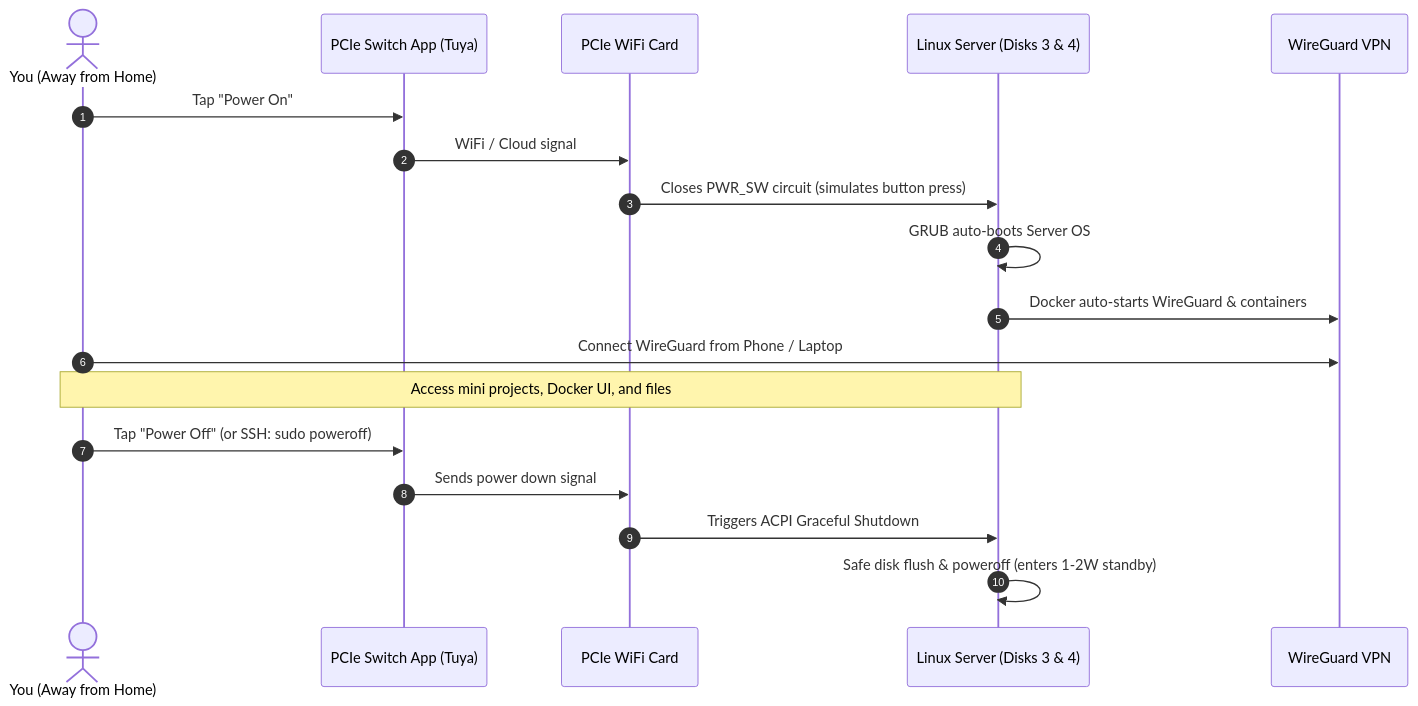
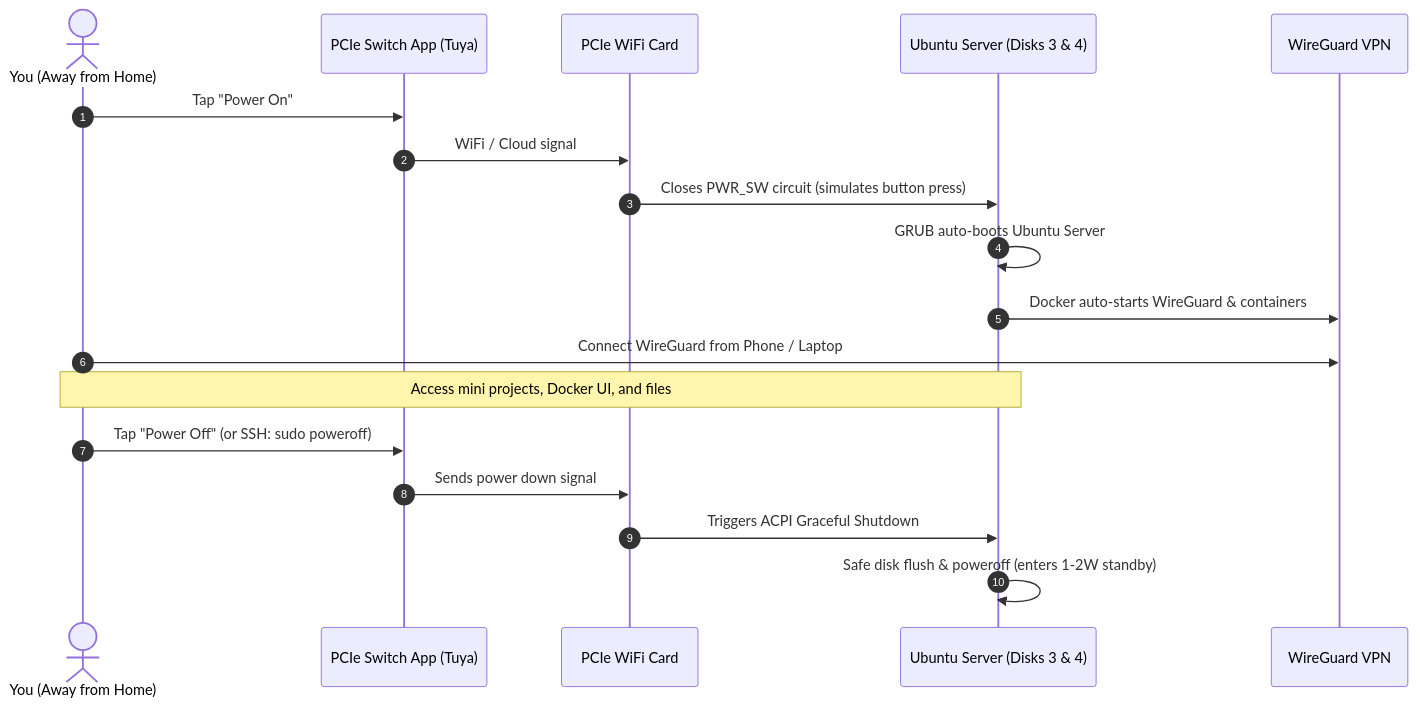
One commit to P1gBagPt-Homelab/home-server changed the diagram in README.md. Above: the diagram before and after it, drawn with Mermaid. The commit also changed other lines of this file, not shown here.

Commit message:
docs: link Ubuntu Server installation guide in README index

````diff
--- a/README.md
+++ b/README.md
@@ -77,21 +82,21 @@
 ```mermaid
 sequenceDiagram
     autonumber
     actor User as You (Away from Home)
     participant App as PCIe Switch App (Tuya)
     participant Card as PCIe WiFi Card
-    participant Linux as Linux Server (Disks 3 & 4)
+    participant Linux as Ubuntu Server (Disks 3 & 4)
     participant WG as WireGuard VPN
     
     User->>App: Tap "Power On"
     App->>Card: WiFi / Cloud signal
     Card->>Linux: Closes PWR_SW circuit (simulates button press)
-    Linux->>Linux: GRUB auto-boots Server OS
+    Linux->>Linux: GRUB auto-boots Ubuntu Server
     Linux->>WG: Docker auto-starts WireGuard & containers
     User->>WG: Connect WireGuard from Phone / Laptop
     Note over User,Linux: Access mini projects, Docker UI, and files
     User->>App: Tap "Power Off" (or SSH: sudo poweroff)
     App->>Card: Sends power down signal
     Card->>Linux: Triggers ACPI Graceful Shutdown
     Linux->>Linux: Safe disk flush & poweroff (enters 1-2W standby)
 ```
````
